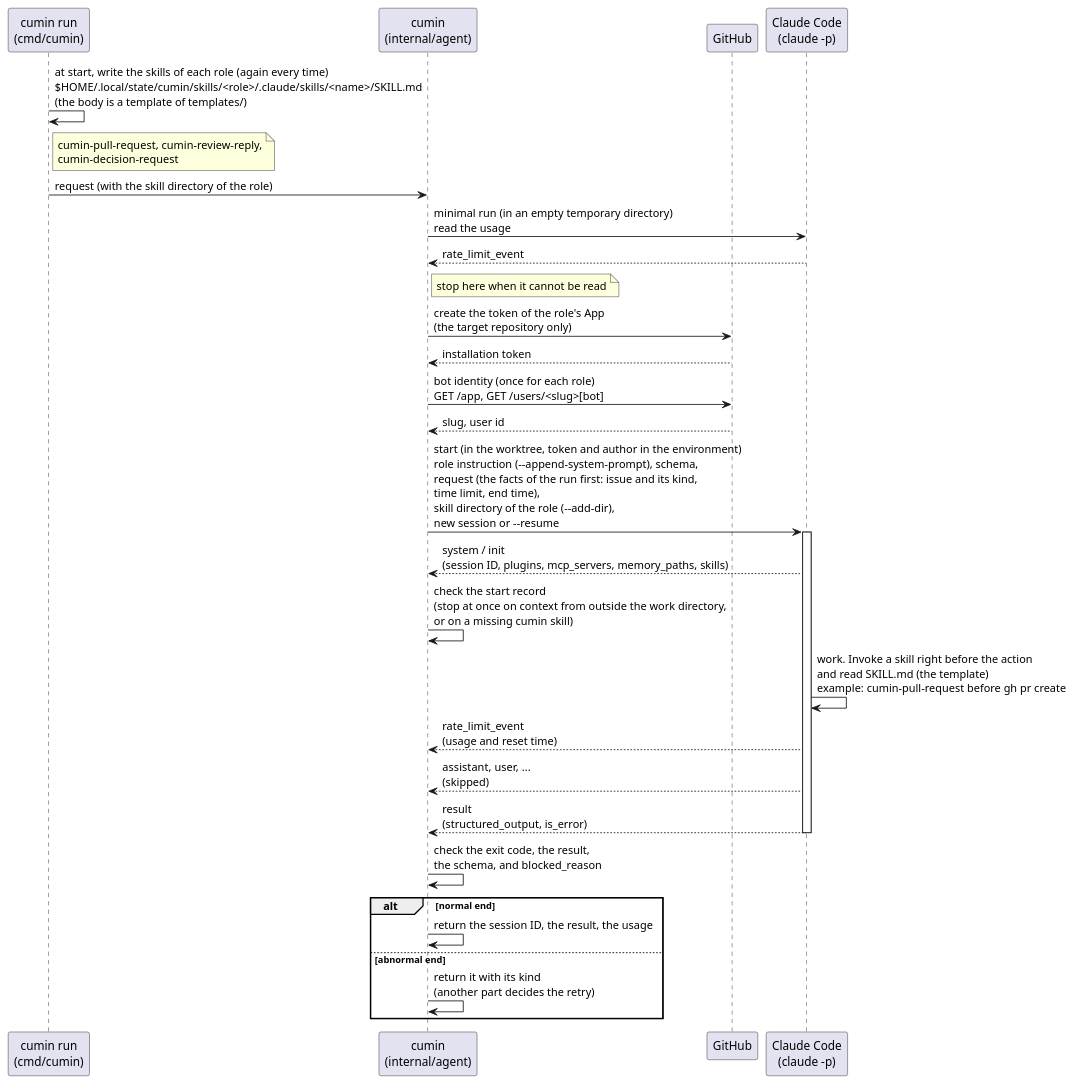
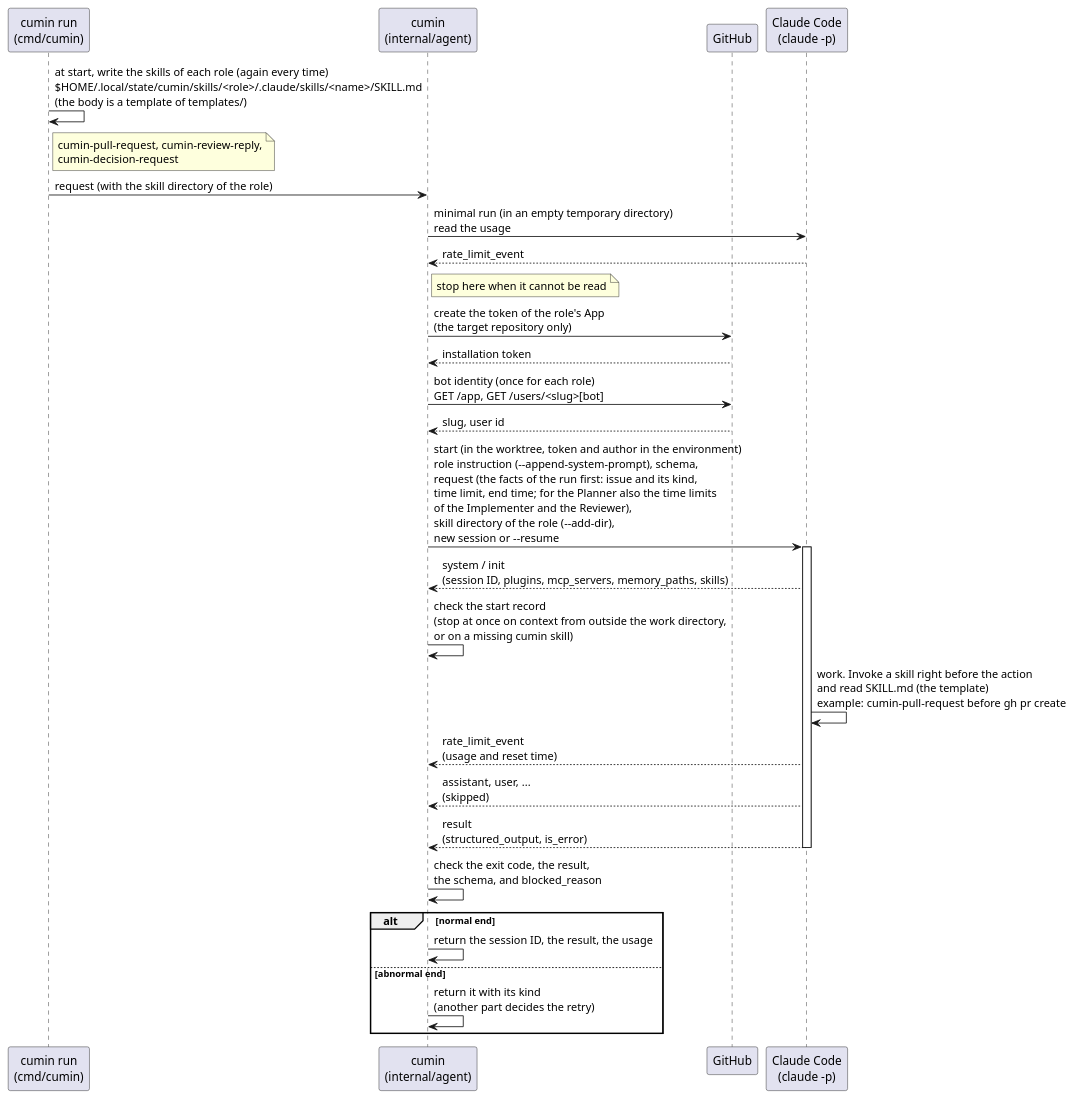
One commit to cloveclovedev/cumin-works changed the diagram in docs/ja/designs/agent-run.puml. Above: the diagram before and after it, drawn with PlantUML. The commit also changed 7 other files, not shown here.

First line of the commit message:
feat(agent): name the time limits of the Implementer and the Reviewer in the start request of the Planner (#398)

```diff
--- a/docs/ja/designs/agent-run.puml
+++ b/docs/ja/designs/agent-run.puml
@@ -1,38 +1,38 @@
 @startuml agent-run
 skinparam shadowing false
 skinparam defaultFontName sans-serif
 
 participant "cumin run\n(cmd/cumin)" as run
 participant "cumin\n(internal/agent)" as cumin
 participant "GitHub" as github
 participant "Claude Code\n(claude -p)" as claude
 
 run -> run : at start, write the skills of each role (again every time)\n$HOME/.local/state/cumin/skills/<role>/.claude/skills/<name>/SKILL.md\n(the body is a template of templates/)
 note right of run : cumin-pull-request, cumin-review-reply,\ncumin-decision-request
 run -> cumin : request (with the skill directory of the role)
 
 cumin -> claude : minimal run (in an empty temporary directory)\nread the usage
 claude --> cumin : rate_limit_event
 note right of cumin : stop here when it cannot be read
 
 cumin -> github : create the token of the role's App\n(the target repository only)
 github --> cumin : installation token
 cumin -> github : bot identity (once for each role)\nGET /app, GET /users/<slug>[bot]
 github --> cumin : slug, user id
 
-cumin -> claude : start (in the worktree, token and author in the environment)\nrole instruction (--append-system-prompt), schema,\nrequest (the facts of the run first: issue and its kind,\ntime limit, end time),\nskill directory of the role (--add-dir),\nnew session or --resume
+cumin -> claude : start (in the worktree, token and author in the environment)\nrole instruction (--append-system-prompt), schema,\nrequest (the facts of the run first: issue and its kind,\ntime limit, end time; for the Planner also the time limits\nof the Implementer and the Reviewer),\nskill directory of the role (--add-dir),\nnew session or --resume
 activate claude
 claude --> cumin : system / init\n(session ID, plugins, mcp_servers, memory_paths, skills)
 cumin -> cumin : check the start record\n(stop at once on context from outside the work directory,\nor on a missing cumin skill)
 claude -> claude : work. Invoke a skill right before the action\nand read SKILL.md (the template)\nexample: cumin-pull-request before gh pr create
 claude --> cumin : rate_limit_event\n(usage and reset time)
 claude --> cumin : assistant, user, ...\n(skipped)
 claude --> cumin : result\n(structured_output, is_error)
 deactivate claude
 cumin -> cumin : check the exit code, the result,\nthe schema, and blocked_reason
 alt normal end
   cumin -> cumin : return the session ID, the result, the usage
 else abnormal end
   cumin -> cumin : return it with its kind\n(another part decides the retry)
 end
 @enduml
```
